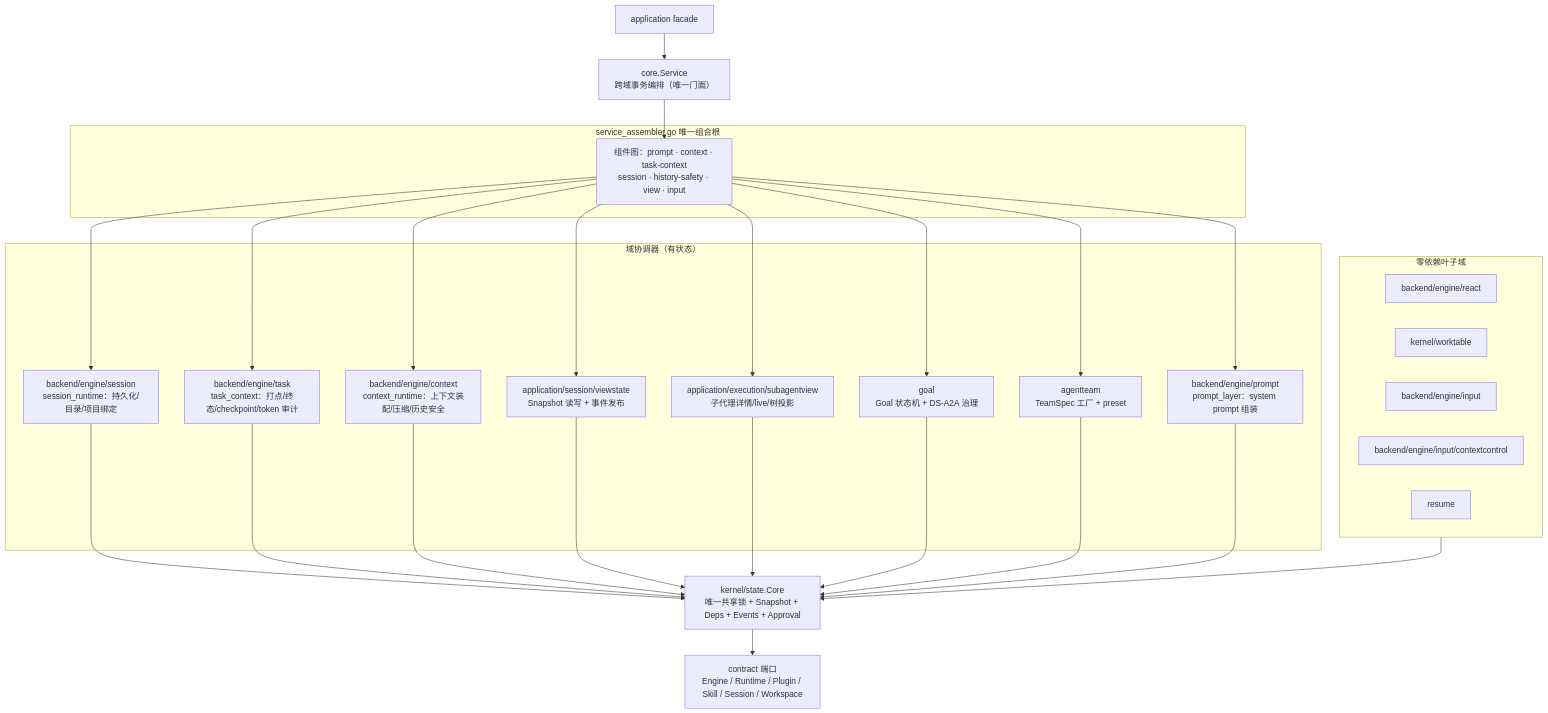
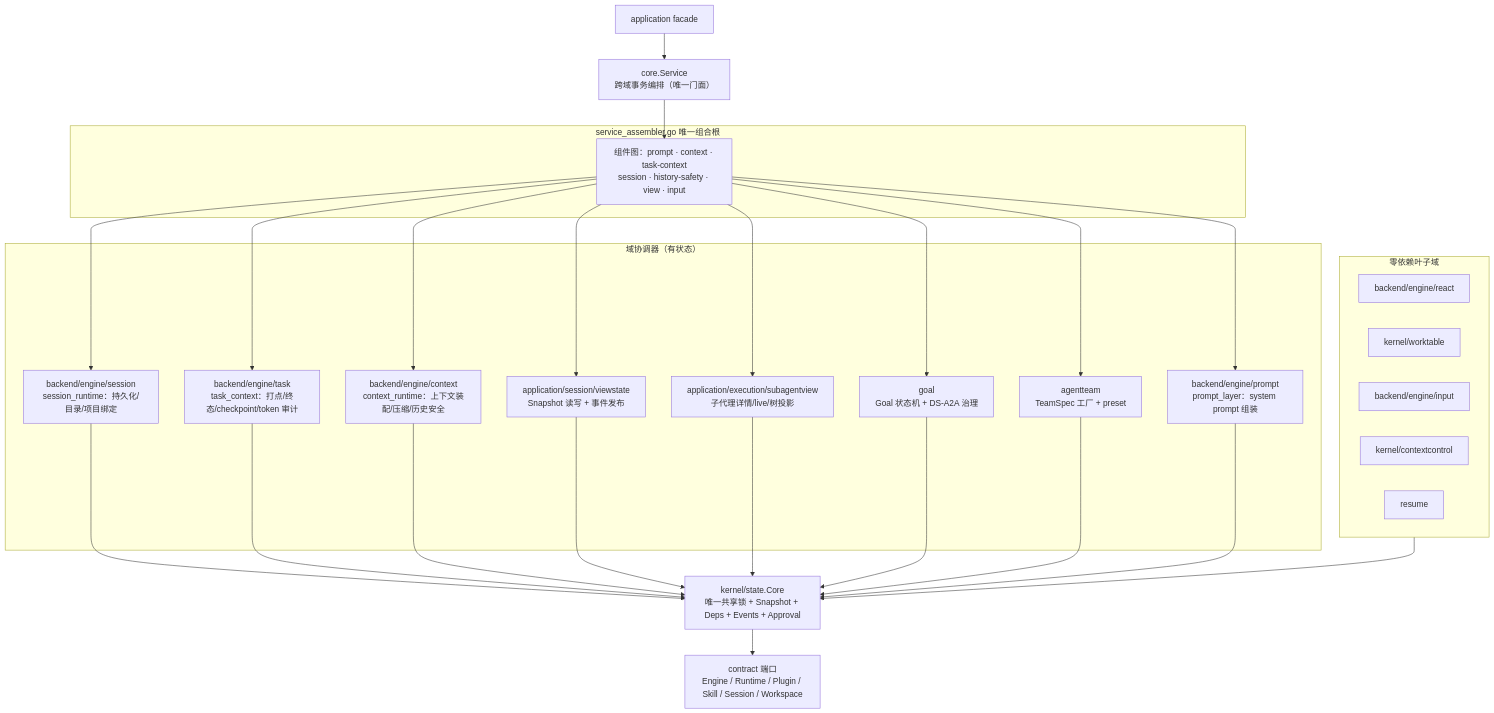
The first of 4 diagrams in application/core/README.md (RedHuang-0622/seelex), drawn with Mermaid before and after one commit. The commit also changed other lines of this file and 19 other files, not shown here.

````diff
--- a/application/core/README.md
+++ b/application/core/README.md
@@ -49,51 +49,51 @@
 ```mermaid
 flowchart TB
     FACADE["application facade"] --> SVC["core.Service<br/>跨域事务编排（唯一门面）"]
 
     subgraph ASSEMBLER["service_assembler.go 唯一组合根"]
         COMP["组件图：prompt · context · task-context<br/>session · history-safety · view · input"]
     end
 
     SVC --> COMP
 
     subgraph DOMAIN["域协调器（有状态）"]
         SR["backend/engine/session<br/>session_runtime：持久化/目录/项目绑定"]
         TC["backend/engine/task<br/>task_context：打点/终态/checkpoint/token 审计"]
         CR["backend/engine/context<br/>context_runtime：上下文装配/压缩/历史安全"]
         VS["application/session/viewstate<br/>Snapshot 读写 + 事件发布"]
         SV["application/execution/subagentview<br/>子代理详情/live/树投影"]
         GOAL["goal<br/>Goal 状态机 + DS-A2A 治理"]
         TEAM["agentteam<br/>TeamSpec 工厂 + preset"]
         PL["backend/engine/prompt<br/>prompt_layer：system prompt 组装"]
     end
 
     subgraph LEAF["零依赖叶子域"]
         CHAT["backend/engine/react"]
         WT["kernel/worktable"]
         IR["backend/engine/input"]
-        CC["backend/engine/input/contextcontrol"]
+        CC["kernel/contextcontrol"]
         RES["resume"]
     end
 
     ST["kernel/state.Core<br/>唯一共享锁 + Snapshot + Deps + Events + Approval"]
     PORTS["contract 端口<br/>Engine / Runtime / Plugin / Skill / Session / Workspace"]
 
     COMP --> SR
     COMP --> TC
     COMP --> CR
     COMP --> VS
     COMP --> SV
     COMP --> GOAL
     COMP --> TEAM
     COMP --> PL
     SR --> ST
     TC --> ST
     CR --> ST
     VS --> ST
     SV --> ST
     GOAL --> ST
     TEAM --> ST
     PL --> ST
     LEAF --> ST
     ST --> PORTS
 ```
````
